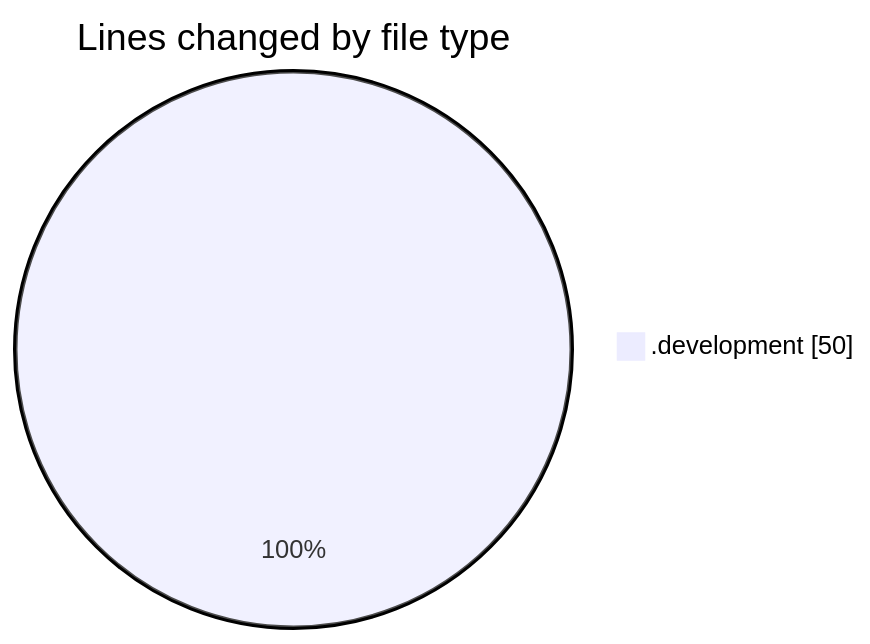
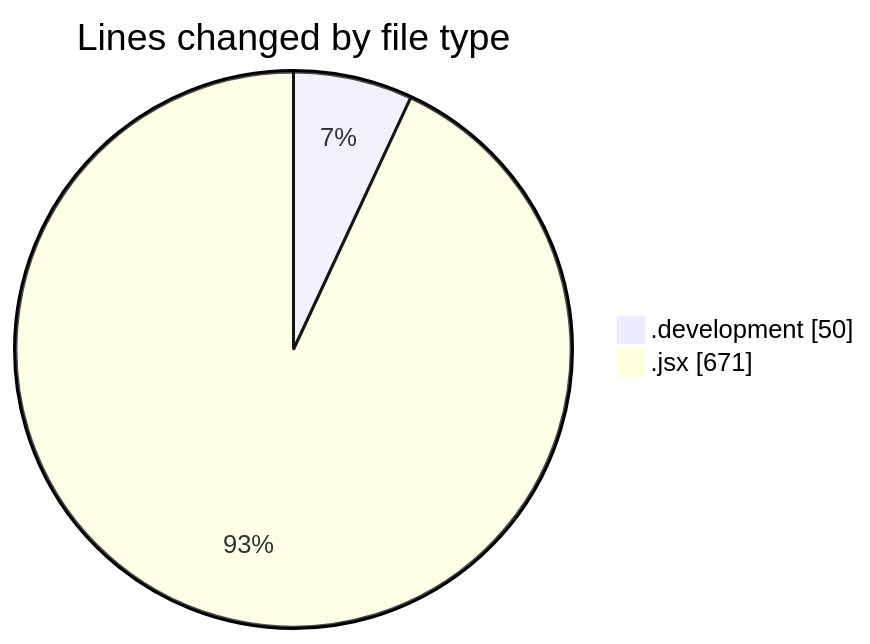
The first of 2 diagrams in 2025-12-25/nxtqube_webapp/README.md (nxtqubesakshisongat/code-tracking), drawn with Mermaid before and after one commit. The commit also changed other lines of this file and 1 other file, not shown here.

````diff
--- a/2025-12-25/nxtqube_webapp/README.md
+++ b/2025-12-25/nxtqube_webapp/README.md
@@ -20,5 +21,6 @@
 ```mermaid
 pie showData
 title Lines changed by file type
 ".development" : 50
+".jsx" : 671
 ```
````
